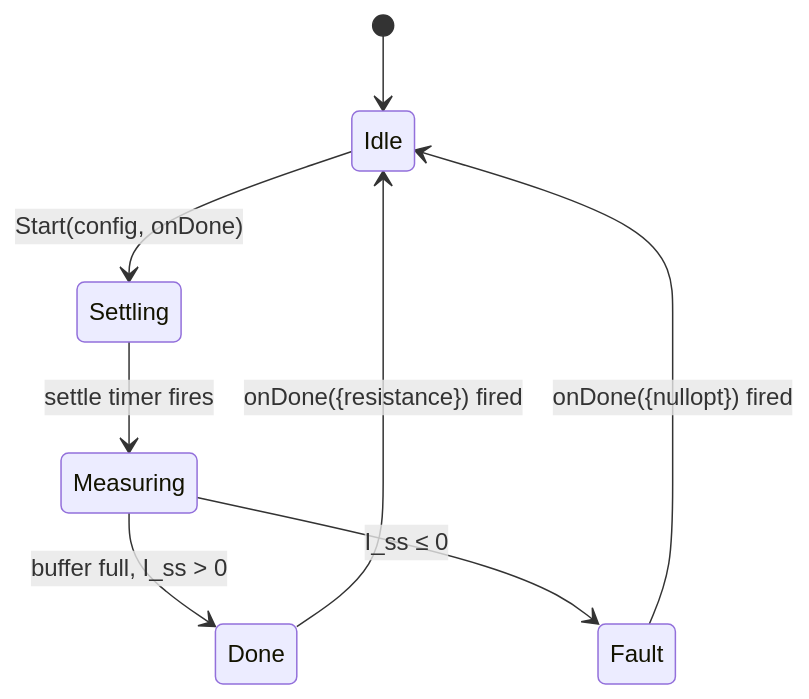
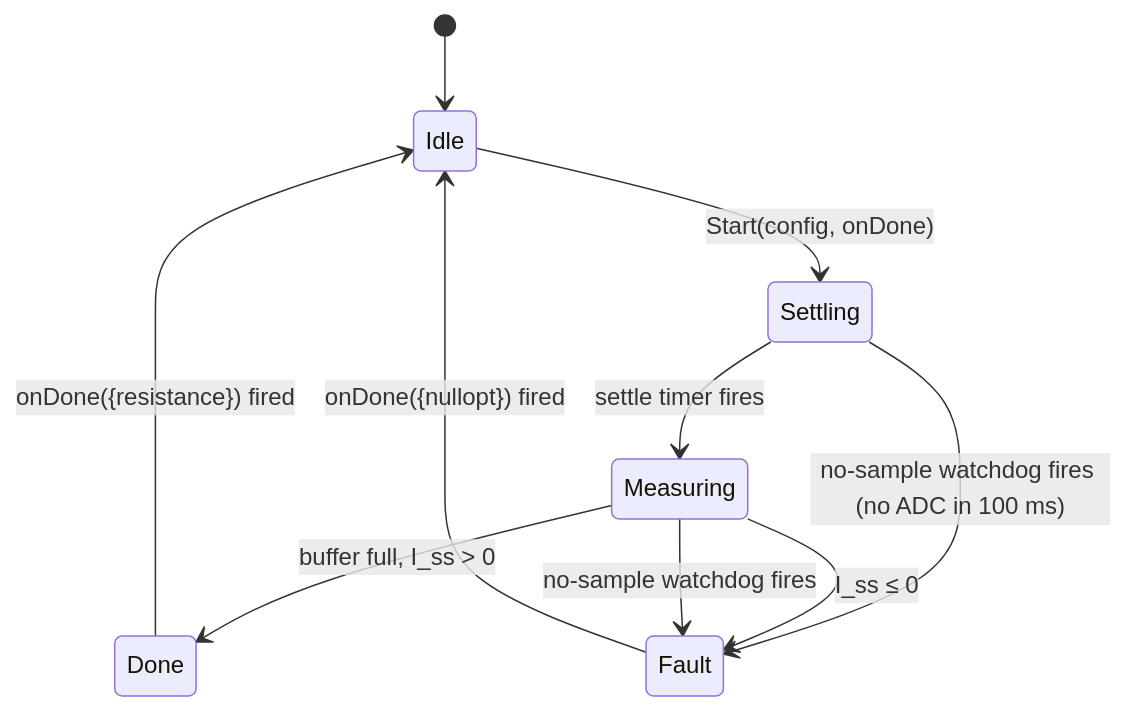
One commit to embedded-pro/e-foc changed the second of 5 diagrams in documentation/design/service-electrical-ident.md. Above: the diagram before and after it, drawn with Mermaid. The commit also changed other lines of this file and 7 other files, not shown here.

First line of the commit message:
fix: PWM bootstrap and no-sample watchdog for R/L identification (#285)

````diff
--- a/documentation/design/service-electrical-ident.md
+++ b/documentation/design/service-electrical-ident.md
@@ -109,10 +124,12 @@
 ```mermaid
 stateDiagram-v2
     [*] --> Idle
     Idle --> Settling : Start(config, onDone)
     Settling --> Measuring : settle timer fires
+    Settling --> Fault : no-sample watchdog fires (no ADC in 100 ms)
     Measuring --> Done : buffer full, I_ss > 0
     Measuring --> Fault : I_ss ≤ 0
+    Measuring --> Fault : no-sample watchdog fires
     Done --> Idle : onDone({resistance}) fired
     Fault --> Idle : onDone({nullopt}) fired
 ```
````
